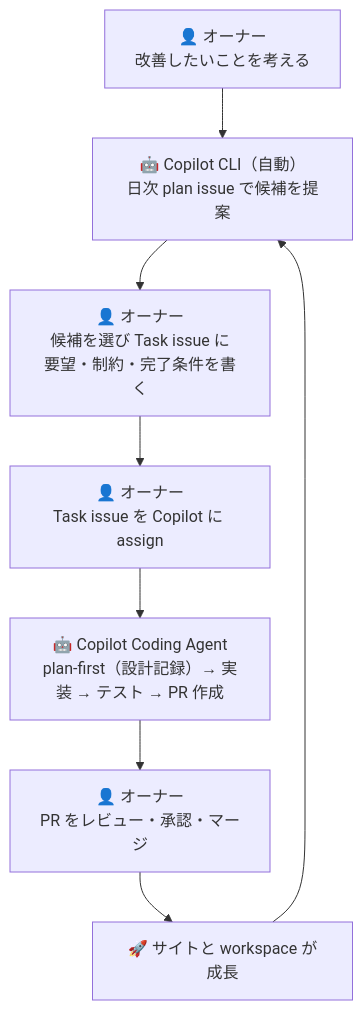
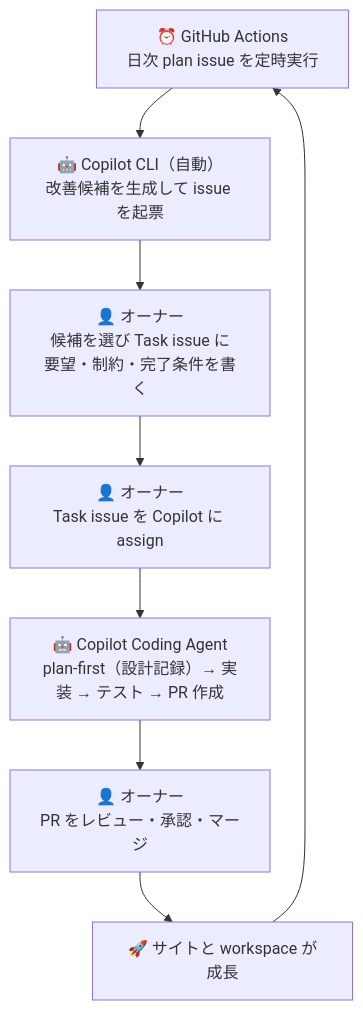
One commit to cocomomojo/test_ai1 changed the first of 3 diagrams in README.md. Above: the diagram before and after it, drawn with Mermaid. The commit also changed other lines of this file, not shown here.

Commit message:
fix: readme修正

````diff
--- a/README.md
+++ b/README.md
@@ -32,10 +32,10 @@
 ```mermaid
 flowchart TD
-    A["👤 オーナー\n改善したいことを考える"] --> B["🤖 Copilot CLI（自動）\n日次 plan issue で候補を提案"]
+    A["⏰ GitHub Actions\n日次 plan issue を定時実行"] --> B["🤖 Copilot CLI（自動）\n改善候補を生成して issue を起票"]
     B --> C["👤 オーナー\n候補を選び Task issue に\n要望・制約・完了条件を書く"]
     C --> D["👤 オーナー\nTask issue を Copilot に assign"]
     D --> E["🤖 Copilot Coding Agent\nplan-first（設計記録）→ 実装 → テスト → PR 作成"]
     E --> F["👤 オーナー\nPR をレビュー・承認・マージ"]
     F --> G["🚀 サイトと workspace が成長"]
-    G --> B
+    G --> A
 ```
````
